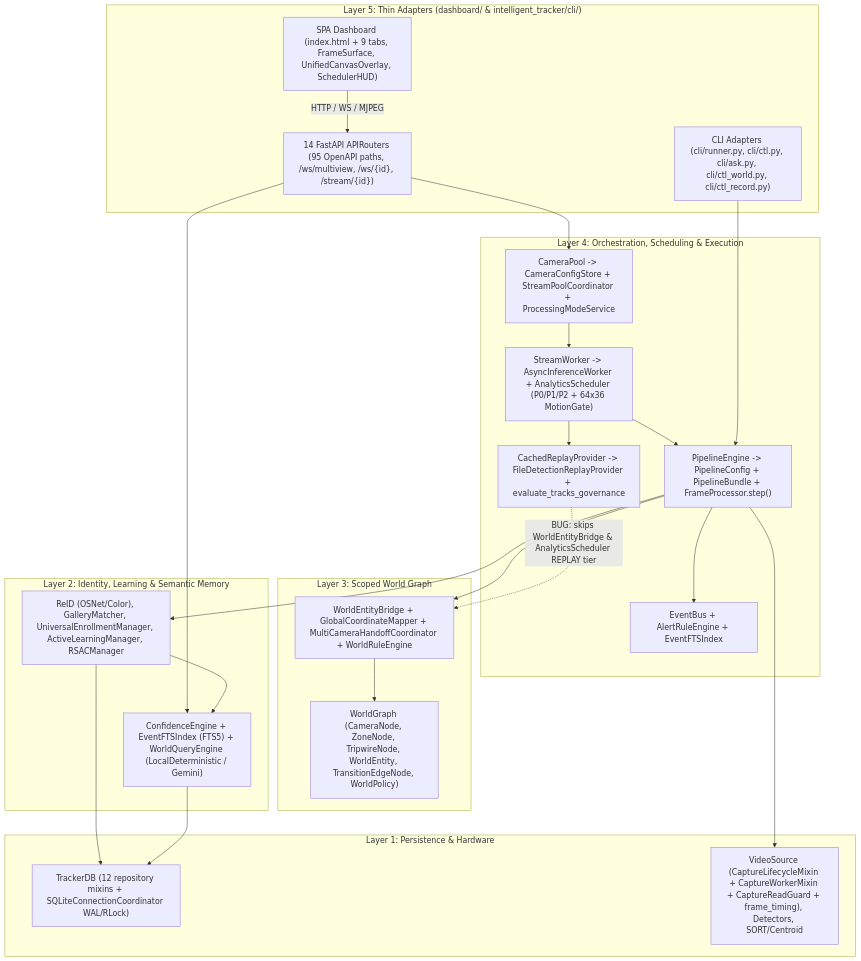
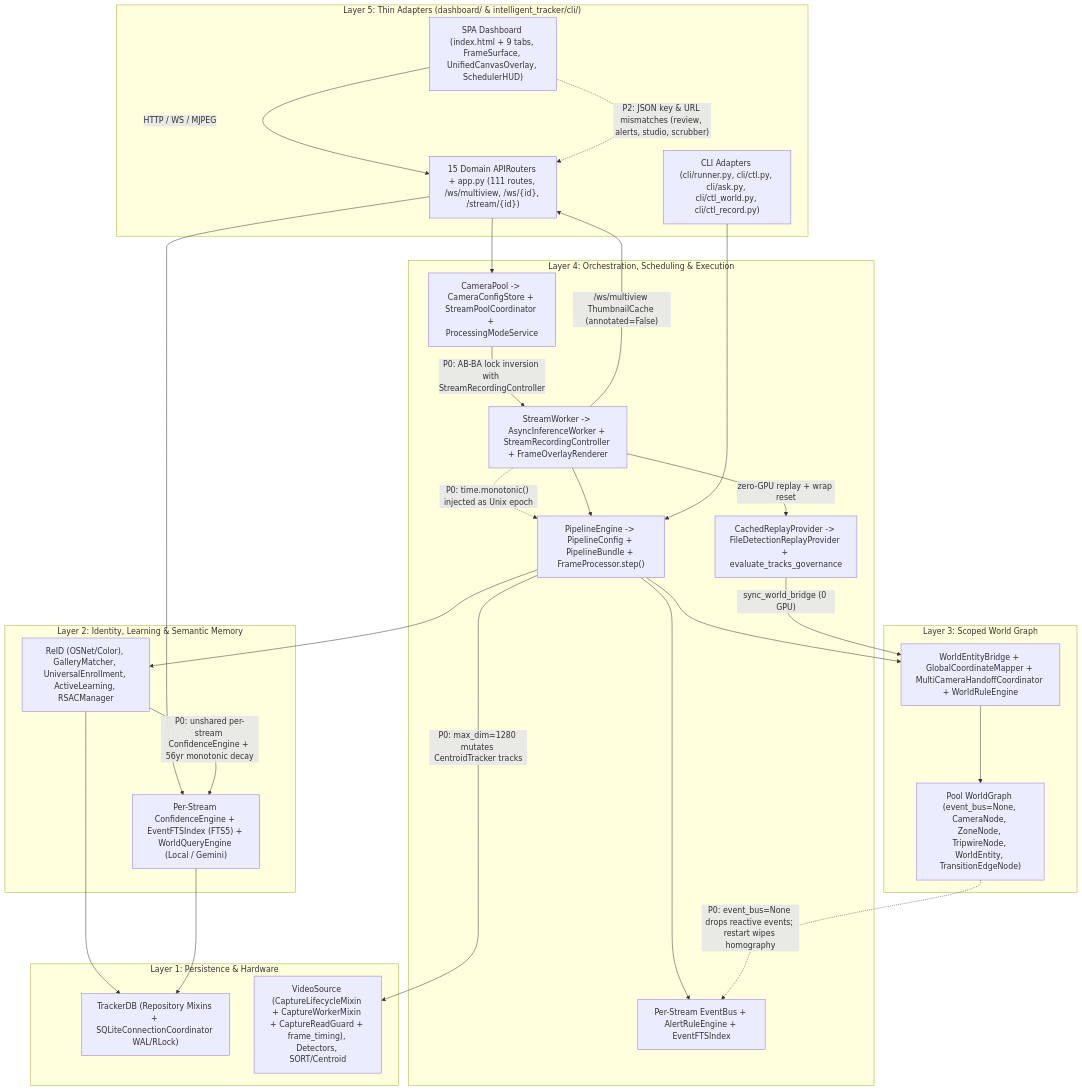
One commit to davtoh/intelligent-tracker changed the diagram in docs/architecture/CURRENT_ARCHITECTURE.md. Above: the diagram before and after it, drawn with Mermaid. The commit also changed other lines of this file, not shown here.

````diff
--- a/docs/architecture/CURRENT_ARCHITECTURE.md
+++ b/docs/architecture/CURRENT_ARCHITECTURE.md
@@ -27,48 +39,52 @@
 ```mermaid
 flowchart TD
     subgraph L5["Layer 5: Thin Adapters (dashboard/ & intelligent_tracker/cli/)"]
         SPA["SPA Dashboard (index.html + 9 tabs, FrameSurface, UnifiedCanvasOverlay, SchedulerHUD)"]
-        Routers["14 FastAPI APIRouters (95 OpenAPI paths, /ws/multiview, /ws/{id}, /stream/{id})"]
+        Routers["15 Domain APIRouters + app.py (111 routes, /ws/multiview, /ws/{id}, /stream/{id})"]
         CLI["CLI Adapters (cli/runner.py, cli/ctl.py, cli/ask.py, cli/ctl_world.py, cli/ctl_record.py)"]
     end
 
     subgraph L4["Layer 4: Orchestration, Scheduling & Execution"]
         Pool["CameraPool -> CameraConfigStore + StreamPoolCoordinator + ProcessingModeService"]
-        SW["StreamWorker -> AsyncInferenceWorker + AnalyticsScheduler (P0/P1/P2 + 64x36 MotionGate)"]
+        SW["StreamWorker -> AsyncInferenceWorker + StreamRecordingController + FrameOverlayRenderer"]
         Replay["CachedReplayProvider -> FileDetectionReplayProvider + evaluate_tracks_governance"]
         PE["PipelineEngine -> PipelineConfig + PipelineBundle + FrameProcessor.step()"]
-        Bus["EventBus + AlertRuleEngine + EventFTSIndex"]
+        Bus["Per-Stream EventBus + AlertRuleEngine + EventFTSIndex"]
     end
 
     subgraph L3["Layer 3: Scoped World Graph"]
-        WG["WorldGraph (CameraNode, ZoneNode, TripwireNode, WorldEntity, TransitionEdgeNode, WorldPolicy)"]
+        WG["Pool WorldGraph (event_bus=None, CameraNode, ZoneNode, TripwireNode, WorldEntity, TransitionEdgeNode)"]
         Bridge["WorldEntityBridge + GlobalCoordinateMapper + MultiCameraHandoffCoordinator + WorldRuleEngine"]
     end
 
     subgraph L2["Layer 2: Identity, Learning & Semantic Memory"]
-        ID["ReID (OSNet/Color), GalleryMatcher, UniversalEnrollmentManager, ActiveLearningManager, RSACManager"]
-        Mem["ConfidenceEngine + EventFTSIndex (FTS5) + WorldQueryEngine (LocalDeterministic / Gemini)"]
+        ID["ReID (OSNet/Color), GalleryMatcher, UniversalEnrollment, ActiveLearning, RSACManager"]
+        Mem["Per-Stream ConfidenceEngine + EventFTSIndex (FTS5) + WorldQueryEngine (Local / Gemini)"]
     end
 
     subgraph L1["Layer 1: Persistence & Hardware"]
-        DB["TrackerDB (12 repository mixins + SQLiteConnectionCoordinator WAL/RLock)"]
+        DB["TrackerDB (Repository Mixins + SQLiteConnectionCoordinator WAL/RLock)"]
         CV["VideoSource (CaptureLifecycleMixin + CaptureWorkerMixin + CaptureReadGuard + frame_timing), Detectors, SORT/Centroid"]
     end
 
     SPA -->|"HTTP / WS / MJPEG"| Routers
+    SPA -.->|"P2: JSON key & URL mismatches (review, alerts, studio, scrubber)"| Routers
     Routers --> Pool
     Routers --> Mem
-    Pool --> SW
-    SW --> Replay
+    Pool -->|"P0: AB-BA lock inversion with StreamRecordingController"| SW
+    SW -->|"/ws/multiview ThumbnailCache (annotated=False)"| Routers
+    SW -.->|"P0: time.monotonic() injected as Unix epoch"| PE
+    SW -->|"zero-GPU replay + wrap reset"| Replay
     SW --> PE
     CLI --> PE
+    PE -->|"P0: max_dim=1280 mutates CentroidTracker tracks"| CV
     PE --> Bus
     PE --> Bridge
-    Replay -.->|"BUG: skips WorldEntityBridge & AnalyticsScheduler REPLAY tier"| Bridge
+    Replay -->|"sync_world_bridge (0 GPU)"| Bridge
     Bridge --> WG
+    WG -.->|"P0: event_bus=None drops reactive events; restart wipes homography"| Bus
     PE --> ID
-    ID --> Mem
+    ID -->|"P0: unshared per-stream ConfidenceEngine + 56yr monotonic decay"| Mem
     ID --> DB
     Mem --> DB
-    PE --> CV
 ```
````
